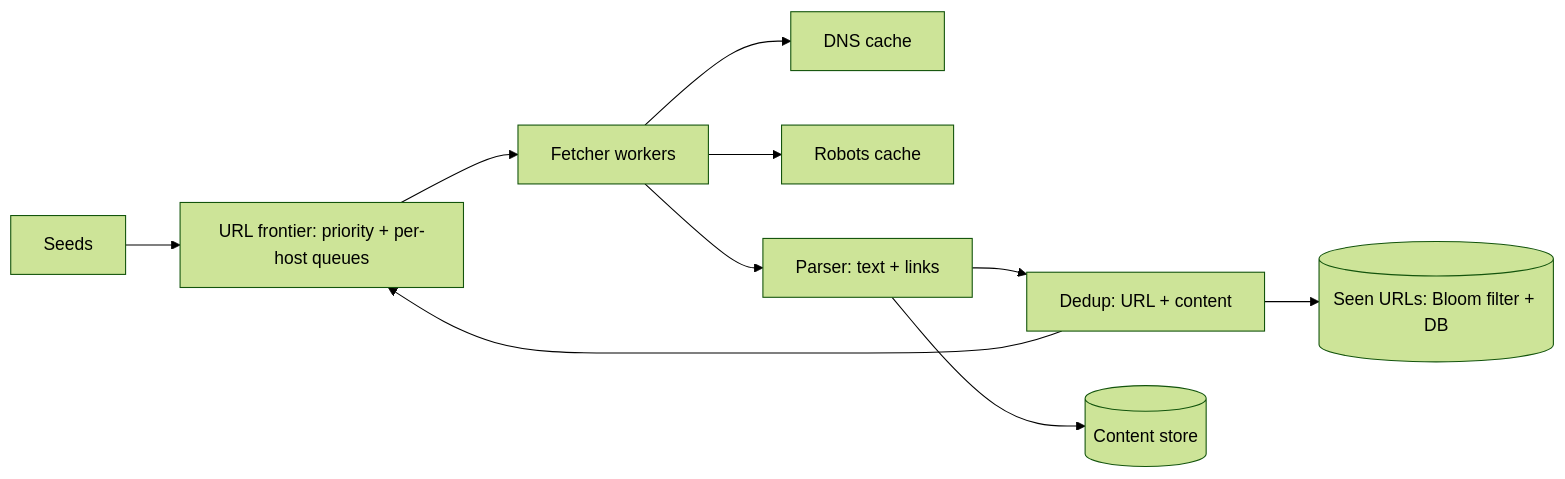
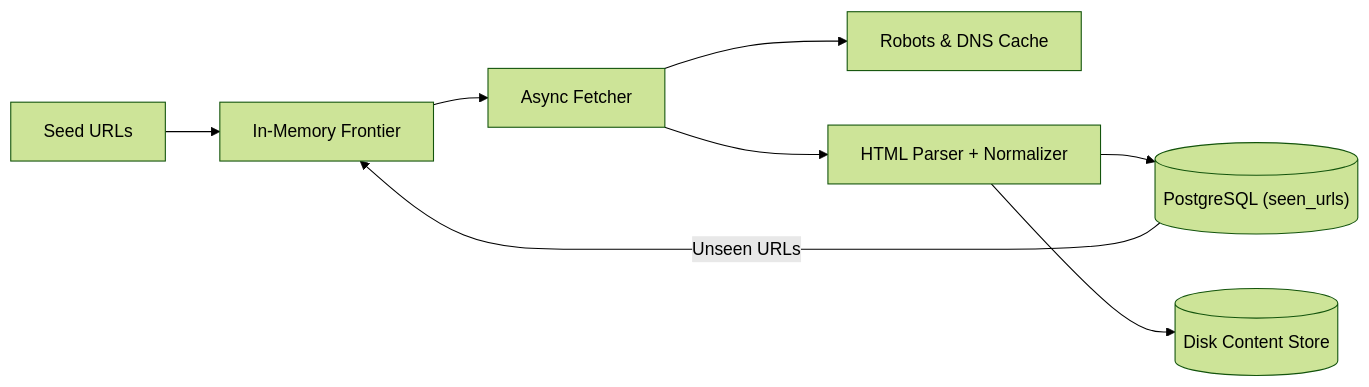
One commit to TapanKumarBarik/Backend-roadmap changed the first of 5 diagrams in content/system-design/22-interview-design-problems/20-web-crawler/README.md. Above: the diagram before and after it, drawn with Mermaid (forest theme). The commit also changed other lines of this file and 37 other files, not shown here.

Commit message:
Upgrade Track 22 (37 interview design problems) with scale-by-scale architecture evolution

````diff
--- a/content/system-design/22-interview-design-problems/20-web-crawler/README.md
+++ b/content/system-design/22-interview-design-problems/20-web-crawler/README.md
@@ -109,11 +148,10 @@
 ```mermaid
 flowchart LR
-  SEED["Seeds"] --> FR["URL frontier: priority + per-host queues"]
-  FR --> F["Fetcher workers"]
-  F --> DNS["DNS cache"]
-  F --> RB["Robots cache"]
-  F --> P["Parser: text + links"]
-  P --> D["Dedup: URL + content"] --> FR
-  P --> CS[("Content store")]
-  D --> BF[("Seen URLs: Bloom filter + DB")]
+  S["Seed URLs"] --> FR["In-Memory Frontier"]
+  FR --> F["Async Fetcher"]
+  F --> RB["Robots & DNS Cache"]
+  F --> P["HTML Parser + Normalizer"]
+  P --> DB[("PostgreSQL (seen_urls)")]
+  P --> CS[("Disk Content Store")]
+  DB -- "Unseen URLs" --> FR
 ```
````
